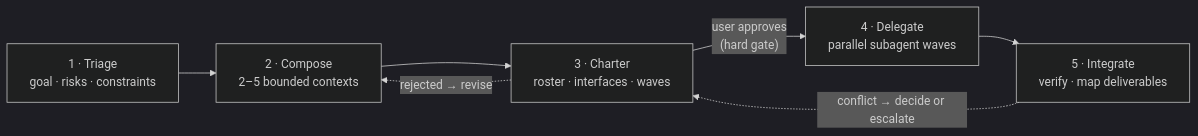
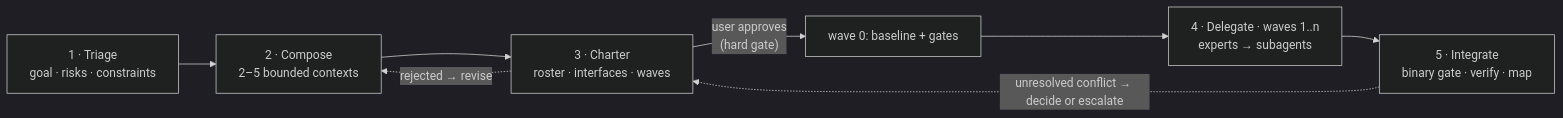
One commit to SilentJMA/mixture-team-of-experts changed the second of 2 diagrams in README.md. Above: the diagram before and after it, drawn with Mermaid (dark theme). The commit also changed other lines of this file and 17 other files, not shown here.

First line of the commit message:
MTOE rev 3: binary acceptance gates, wave 0, ticket track, integrated verification layers

````diff
--- a/README.md
+++ b/README.md
@@ -60,9 +73,10 @@
 ```mermaid
 flowchart LR
     T["1 · Triage<br/>goal · risks · constraints"] --> C["2 · Compose<br/>2–5 bounded contexts"]
     C --> H["3 · Charter<br/>roster · interfaces · waves"]
-    H -->|"user approves<br/>(hard gate)"| D["4 · Delegate<br/>parallel subagent waves"]
-    D --> I["5 · Integrate<br/>verify · map deliverables"]
+    H -->|"user approves<br/>(hard gate)"| W0["wave 0: baseline + gates"]
+    W0 --> D["4 · Delegate · waves 1..n<br/>experts → subagents"]
+    D --> I["5 · Integrate<br/>binary gate · verify · map"]
     H -.->|"rejected → revise"| C
-    I -.->|"conflict → decide or escalate"| H
+    I -.->|"unresolved conflict → decide or escalate"| H
 ```
````
